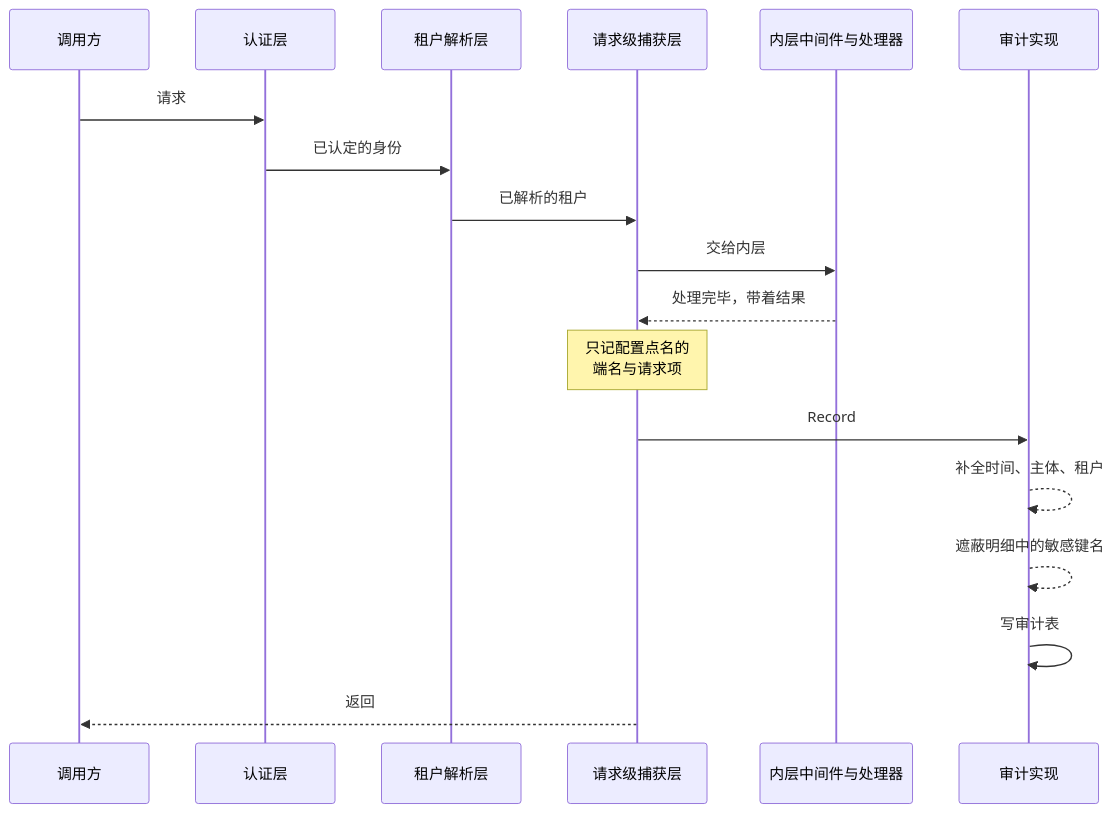
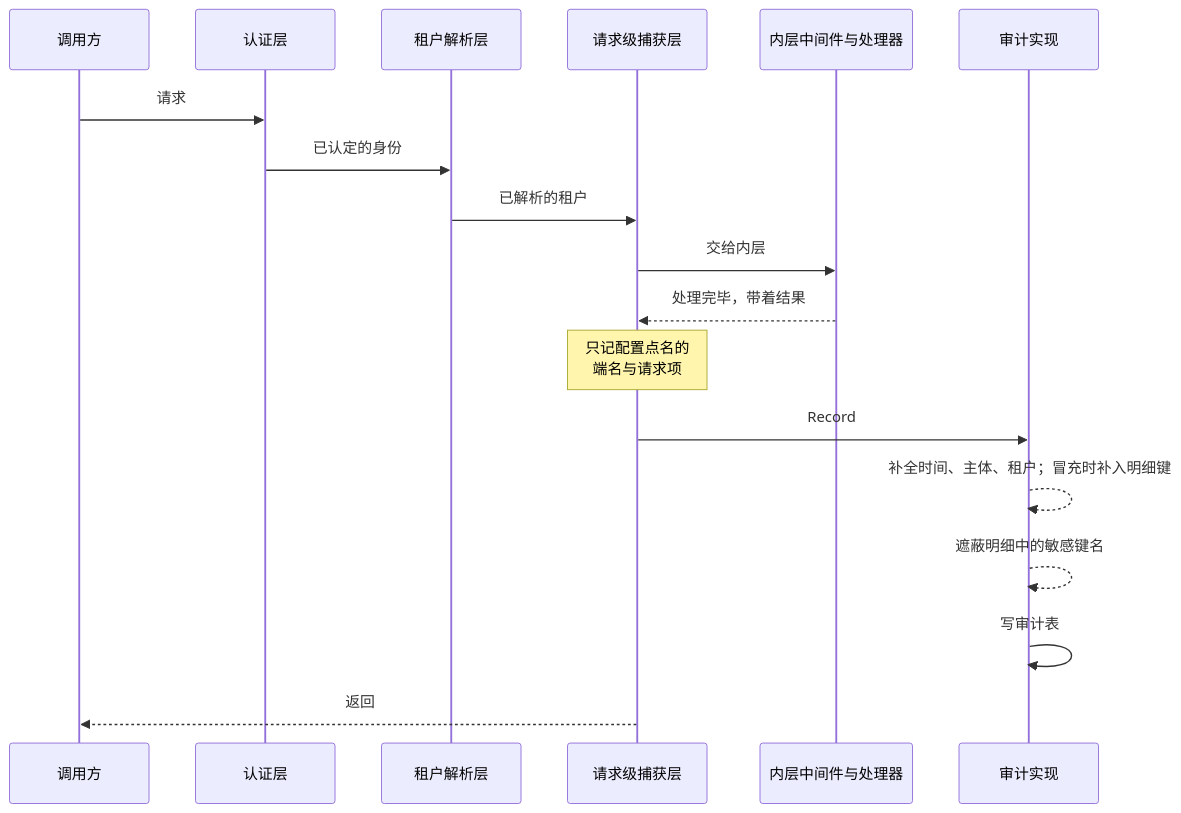
Before and after one commit to wangzw/speed: the second of 2 diagrams in docs/design/modules/design-audit.md, drawn with Mermaid. The commit also changed other lines of this file and 89 other files, not shown here.

````diff
--- a/docs/design/modules/design-audit.md
+++ b/docs/design/modules/design-audit.md
@@ -238,20 +252,20 @@
 ```mermaid
 sequenceDiagram
     participant C as 调用方
     participant A as 认证层
     participant T as 租户解析层
     participant M as 请求级捕获层
     participant H as 内层中间件与处理器
     participant J as 审计实现
     C->>A: 请求
     A->>T: 已认定的身份
     T->>M: 已解析的租户
     M->>H: 交给内层
     H-->>M: 处理完毕，带着结果
     Note over M: 只记配置点名的<br/>端名与请求项
     M->>J: Record
-    J-->>J: 补全时间、主体、租户
+    J-->>J: 补全时间、主体、租户；冒充时补入明细键
     J-->>J: 遮蔽明细中的敏感键名
     J->>J: 写审计表
     M-->>C: 返回
 ```
````
